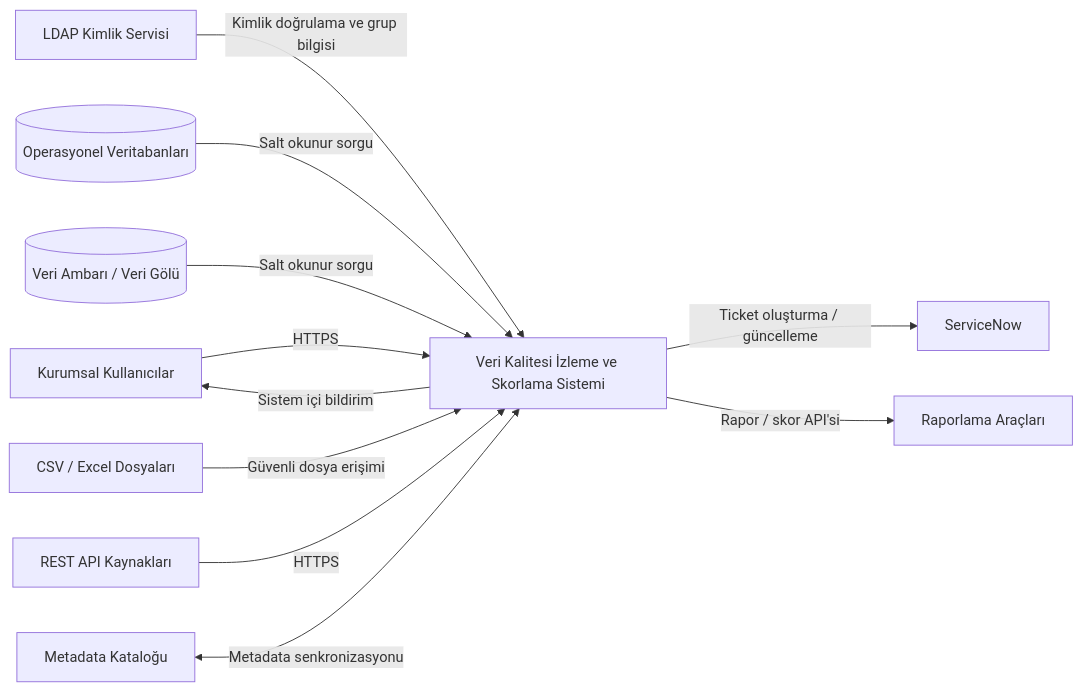
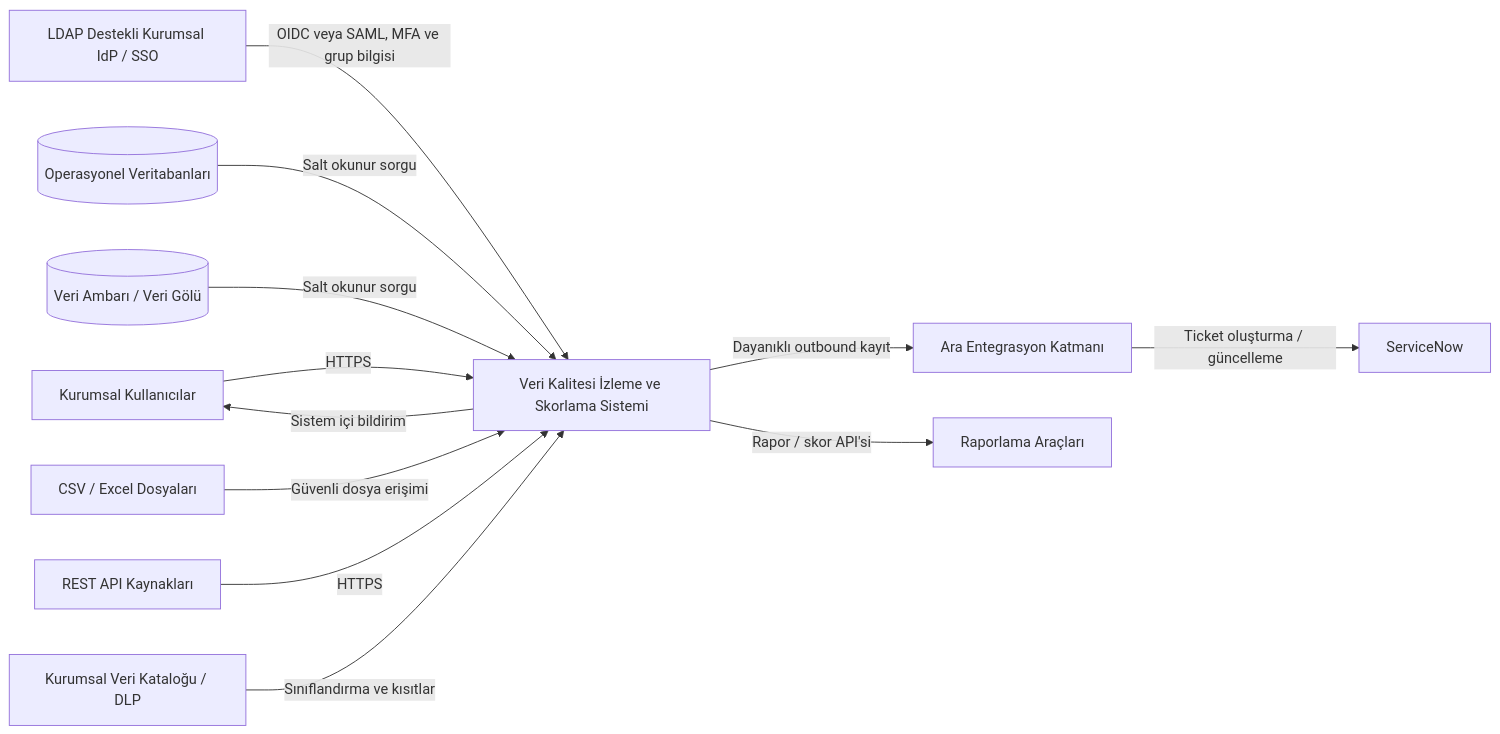
One commit to yusufipek2049/veri-kalitesi-sistemi changed the diagram in 02-Mimari/Sistem-Baglami.md. Above: the diagram before and after it, drawn with Mermaid. The commit also changed other lines of this file and 56 other files, not shown here.

````diff
--- a/02-Mimari/Sistem-Baglami.md
+++ b/02-Mimari/Sistem-Baglami.md
@@ -22,13 +22,14 @@
 ```mermaid
 flowchart LR
     U[Kurumsal Kullanıcılar] -->|HTTPS| DQ[Veri Kalitesi İzleme ve Skorlama Sistemi]
-    LDAP[LDAP Kimlik Servisi] -->|Kimlik doğrulama ve grup bilgisi| DQ
+    IDP[LDAP Destekli Kurumsal IdP / SSO] -->|OIDC veya SAML, MFA ve grup bilgisi| DQ
     DB[(Operasyonel Veritabanları)] -->|Salt okunur sorgu| DQ
     DW[(Veri Ambarı / Veri Gölü)] -->|Salt okunur sorgu| DQ
     FILE[CSV / Excel Dosyaları] -->|Güvenli dosya erişimi| DQ
     API[REST API Kaynakları] -->|HTTPS| DQ
     DQ -->|Sistem içi bildirim| U
-    DQ -->|Ticket oluşturma / güncelleme| SN[ServiceNow]
+    DQ -->|Dayanıklı outbound kayıt| INT[Ara Entegrasyon Katmanı]
+    INT -->|Ticket oluşturma / güncelleme| SN[ServiceNow]
     DQ -->|Rapor / skor API'si| BI[Raporlama Araçları]
-    CAT[Metadata Kataloğu] <-->|Metadata senkronizasyonu| DQ
+    CAT[Kurumsal Veri Kataloğu / DLP] -->|Sınıflandırma ve kısıtlar| DQ
 ```
````
